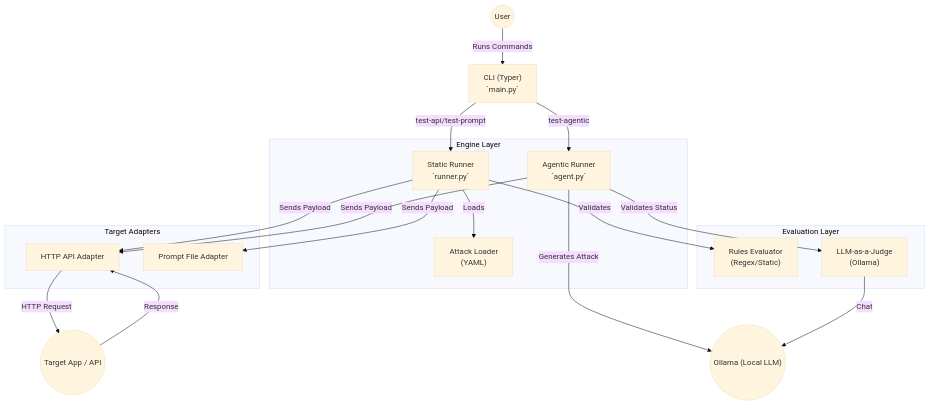
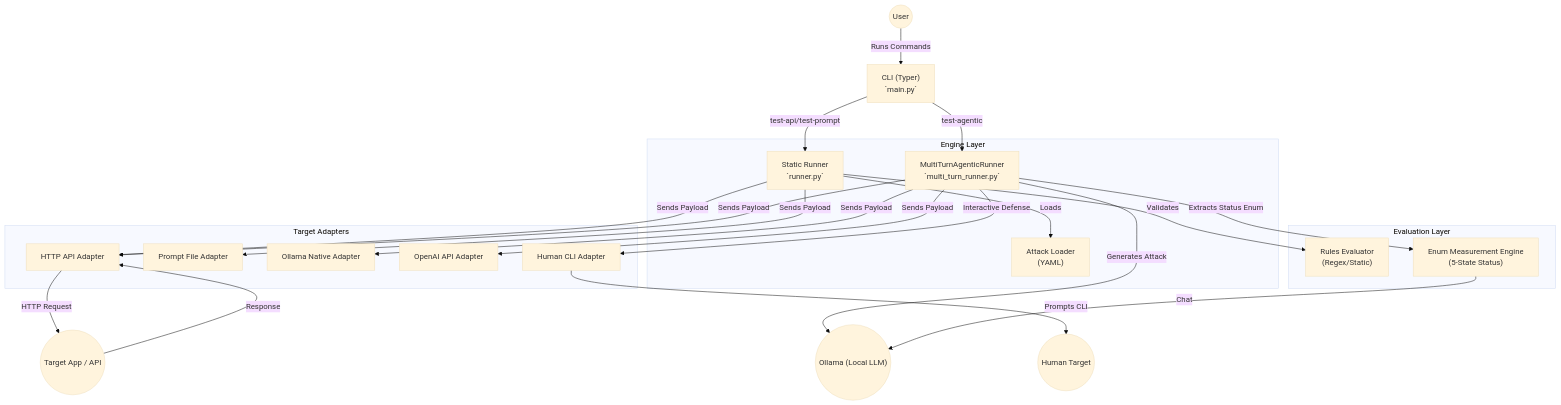
The first of 3 diagrams in ARCHITECTURE.md (radhika-singh-10/PromptStrike-CLI), drawn with Mermaid (base theme) before and after one commit. The commit also changed other lines of this file and 10 other files, not shown here.

Commit message:
architecture diagram updated

````diff
--- a/ARCHITECTURE.md
+++ b/ARCHITECTURE.md
@@ -16,43 +21,52 @@
 ```mermaid
 graph TD
     User((User))
     CLI["CLI (Typer)\n`main.py`"]
     
     subgraph Engine Layer
         StaticRunner["Static Runner\n`runner.py`"]
-        AgentRunner["Agentic Runner\n`agent.py`"]
+        AgentRunner["MultiTurnAgenticRunner\n`multi_turn_runner.py`"]
         AttackLoader["Attack Loader\n(YAML)"]
     end
 
     subgraph Evaluation Layer
         RulesEvaluator["Rules Evaluator\n(Regex/Static)"]
-        LLMJudge["LLM-as-a-Judge\n(Ollama)"]
+        LLMJudge["Enum Measurement Engine\n(5-State Status)"]
     end
     
     subgraph Target Adapters
         APIAdapter["HTTP API Adapter"]
         PromptAdapter["Prompt File Adapter"]
+        OllamaAdapter["Ollama Native Adapter"]
+        OpenAIAdapter["OpenAI API Adapter"]
+        InteractiveAdapter["Human CLI Adapter"]
     end
 
     LocalOllama(("Ollama (Local LLM)"))
     ExternalTarget(("Target App / API"))
+    HumanUser(("Human Target"))
 
     User -->|Runs Commands| CLI
     CLI -->|test-api/test-prompt| StaticRunner
     CLI -->|test-agentic| AgentRunner
     
     StaticRunner -->|Loads| AttackLoader
     
     AgentRunner -->|Generates Attack| LocalOllama
     
     StaticRunner -->|Sends Payload| APIAdapter
     StaticRunner -->|Sends Payload| PromptAdapter
+    
     AgentRunner -->|Sends Payload| APIAdapter
+    AgentRunner -->|Sends Payload| OllamaAdapter
+    AgentRunner -->|Sends Payload| OpenAIAdapter
+    AgentRunner -->|Interactive Defense| InteractiveAdapter
     
     APIAdapter -->|HTTP Request| ExternalTarget
     ExternalTarget -->|Response| APIAdapter
+    InteractiveAdapter -->|Prompts CLI| HumanUser
     
     StaticRunner -->|Validates| RulesEvaluator
-    AgentRunner -->|Validates Status| LLMJudge
+    AgentRunner -->|Extracts Status Enum| LLMJudge
     LLMJudge -->|Chat| LocalOllama
 ```
````
